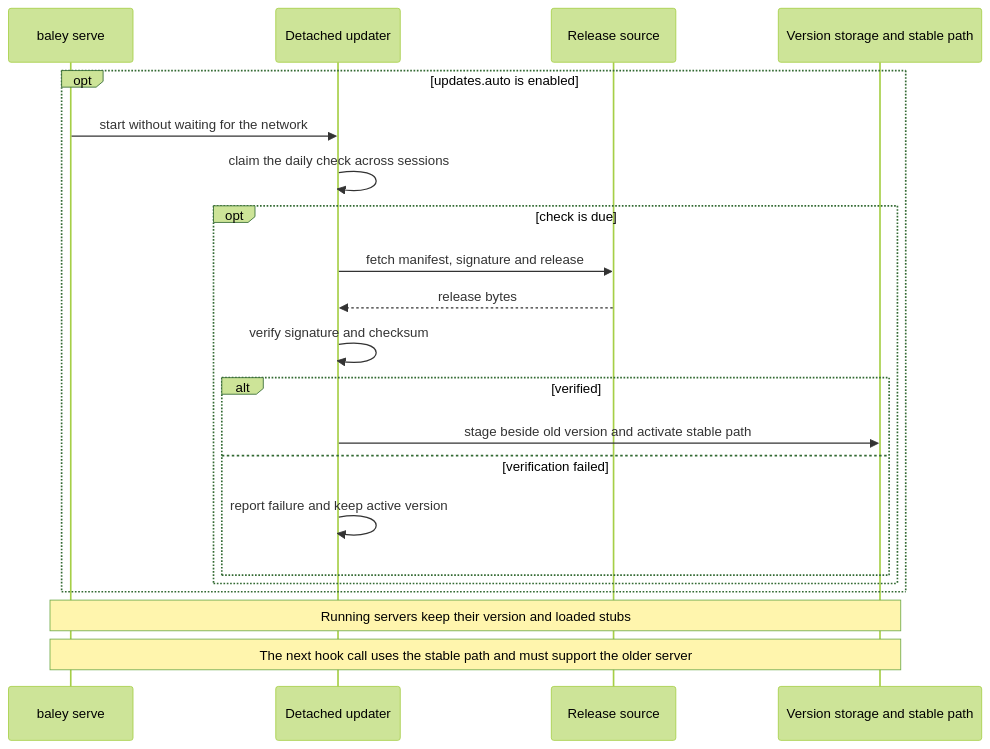
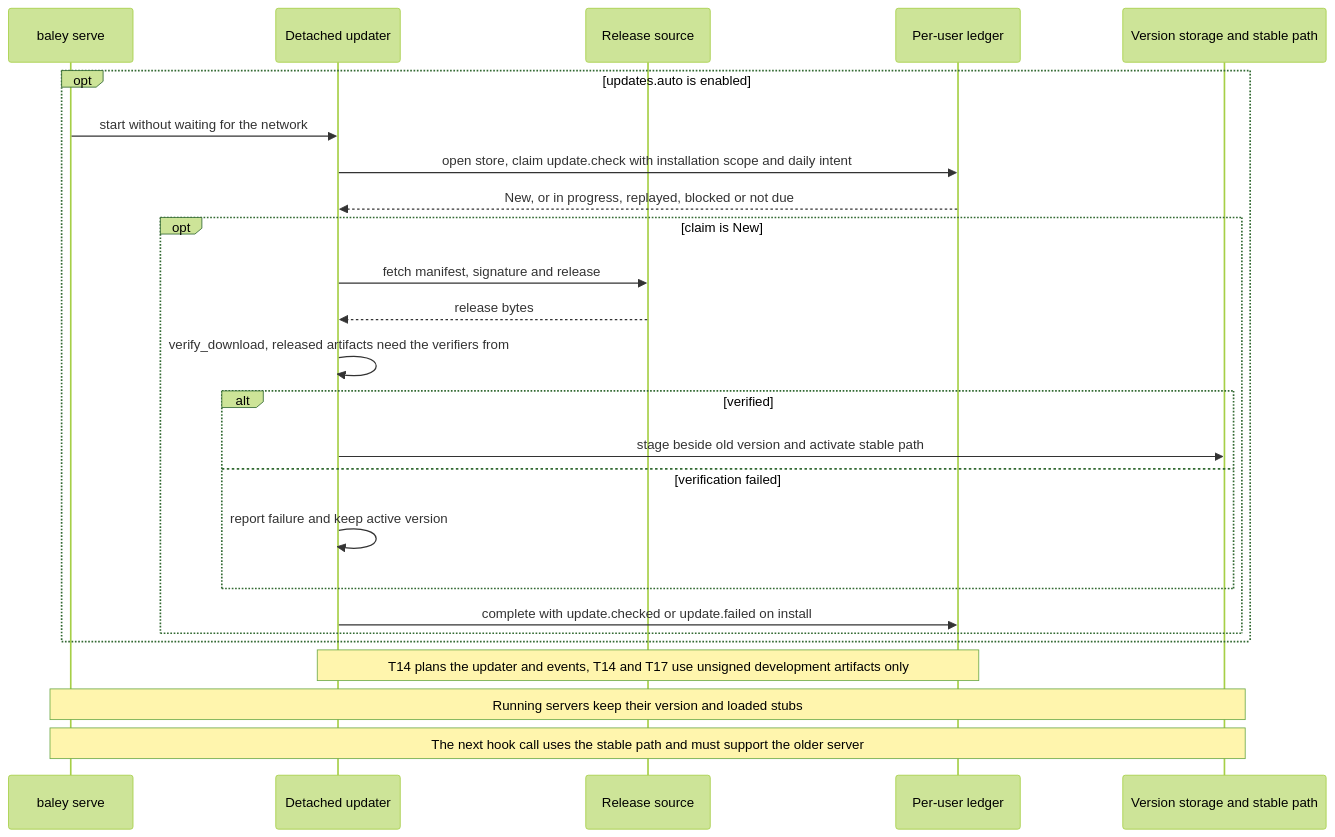
One commit to crenshawdev/baley changed the eighth of 8 diagrams in docs/design/0012-host-interface.md. Above: the diagram before and after it, drawn with Mermaid (forest theme). The commit also changed other lines of this file and 6 other files, not shown here.

````diff
--- a/docs/design/0012-host-interface.md
+++ b/docs/design/0012-host-interface.md
@@ -414,23 +439,27 @@
 ```mermaid
 sequenceDiagram
   participant S as baley serve
   participant U as Detached updater
   participant R as Release source
+  participant L as Per-user ledger
   participant V as Version storage and stable path
   opt updates.auto is enabled
     S->>U: start without waiting for the network
-    U->>U: claim the daily check across sessions
-    opt check is due
+    U->>L: open store, claim update.check with installation scope and daily intent
+    L-->>U: New, or in progress, replayed, blocked or not due
+    opt claim is New
       U->>R: fetch manifest, signature and release
       R-->>U: release bytes
-      U->>U: verify signature and checksum
+      U->>U: verify_download, released artifacts need the verifiers from #14
       alt verified
         U->>V: stage beside old version and activate stable path
       else verification failed
         U->>U: report failure and keep active version
       end
+      U->>L: complete with update.checked or update.failed on install
     end
   end
+  Note over U,L: T14 plans the updater and events, T14 and T17 use unsigned development artifacts only
   Note over S,V: Running servers keep their version and loaded stubs
   Note over S,V: The next hook call uses the stable path and must support the older server
 ```
````
